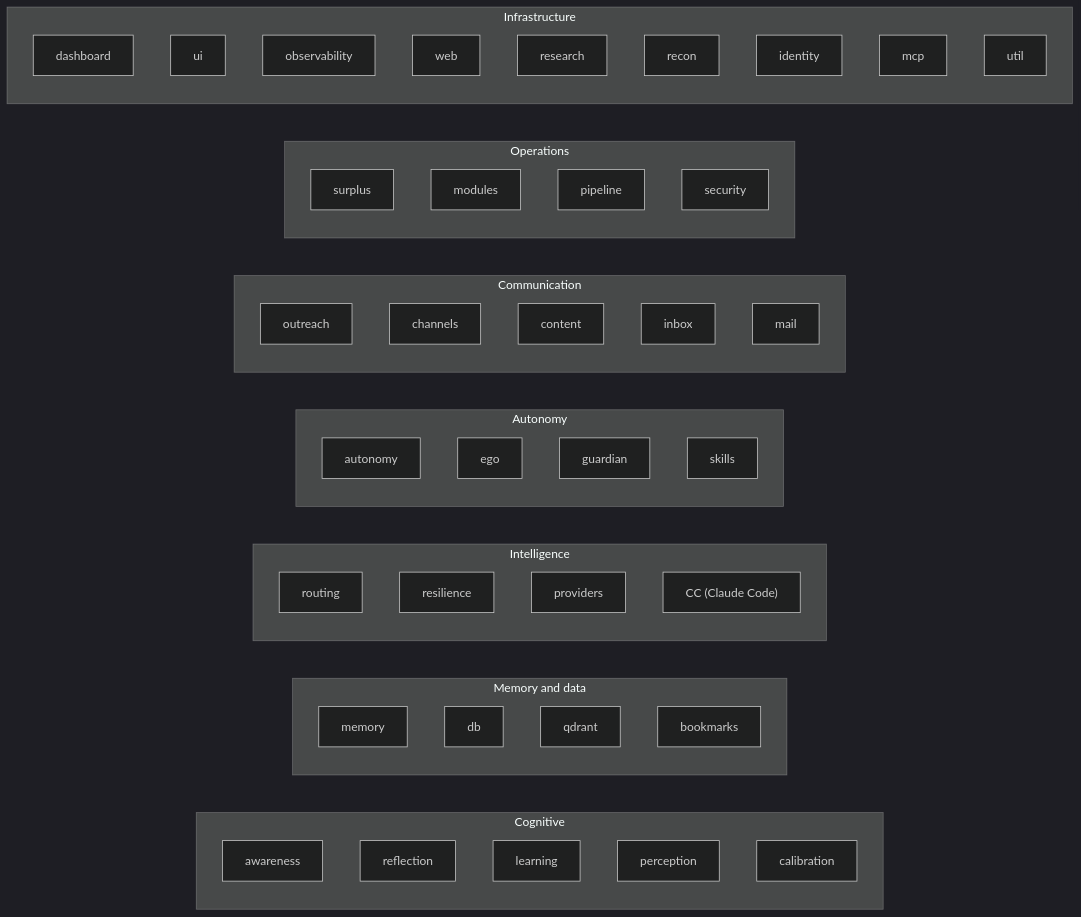
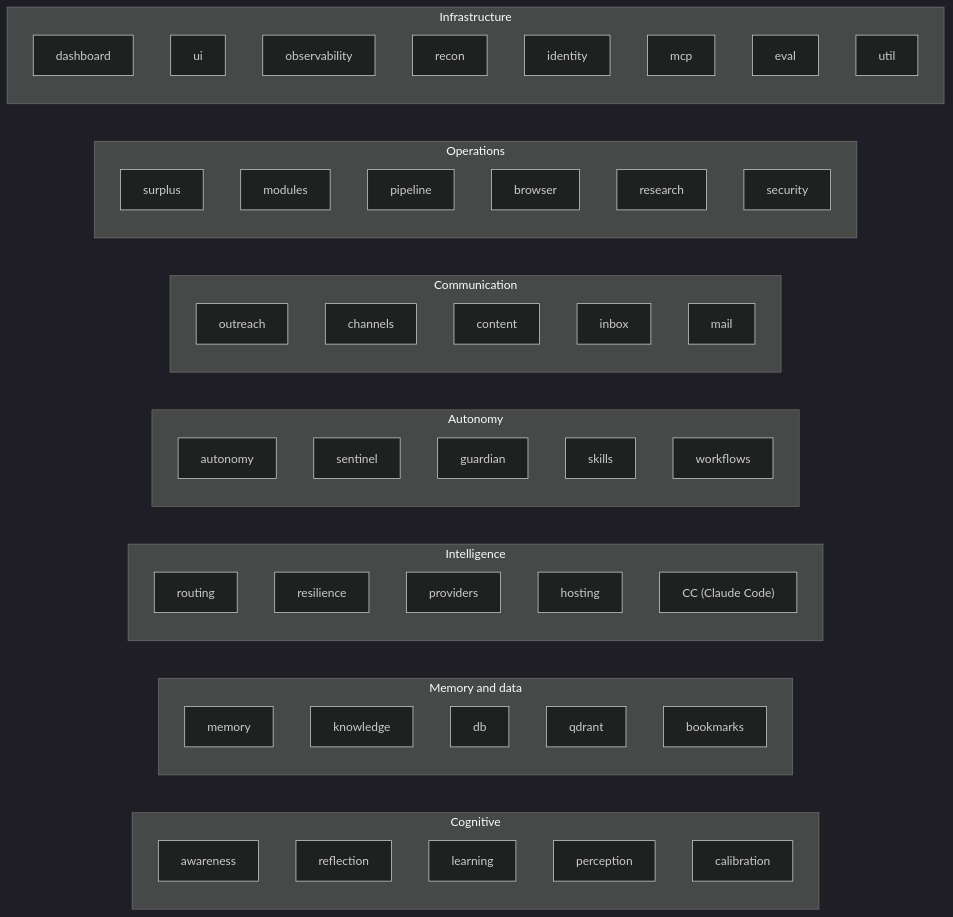
The second of 2 diagrams in README.md (WingedGuardian/GENesis-AGI), drawn with Mermaid (dark theme) before and after one commit. The commit also changed other lines of this file and 4 other files, not shown here.

````diff
--- a/README.md
+++ b/README.md
@@ -446,58 +331,62 @@
 ```mermaid
 graph LR
     subgraph "Cognitive"
         awareness
         reflection
         learning
         perception
         calibration
     end
 
     subgraph "Memory and data"
         memory
+        knowledge
         db
         qdrant
         bookmarks
     end
 
     subgraph "Intelligence"
         routing
         resilience
         providers
+        hosting
         CC["CC (Claude Code)"]
     end
 
     subgraph "Autonomy"
         autonomy
-        ego
+        sentinel
         guardian
         skills
+        workflows
     end
 
     subgraph "Communication"
         outreach
         channels
         content
         inbox
         mail
     end
 
     subgraph "Operations"
         surplus
         modules
         pipeline
+        browser
+        research
         security
     end
 
     subgraph "Infrastructure"
         dashboard
         ui
         observability
-        web
-        research
         recon
         identity
         mcp
+        eval
         util
     end
 ```
````
